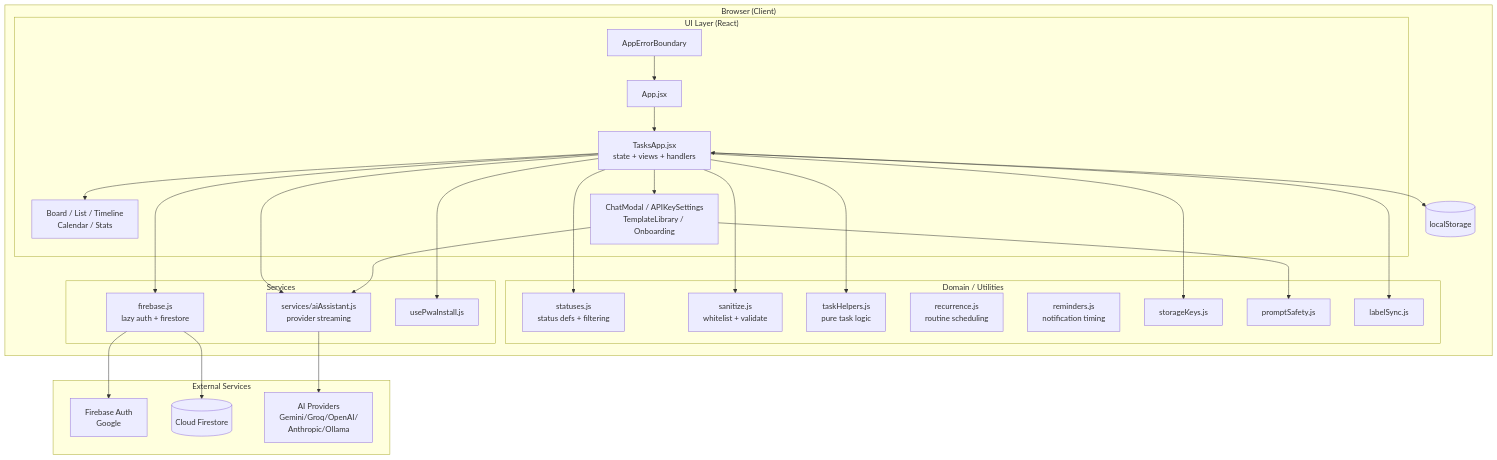
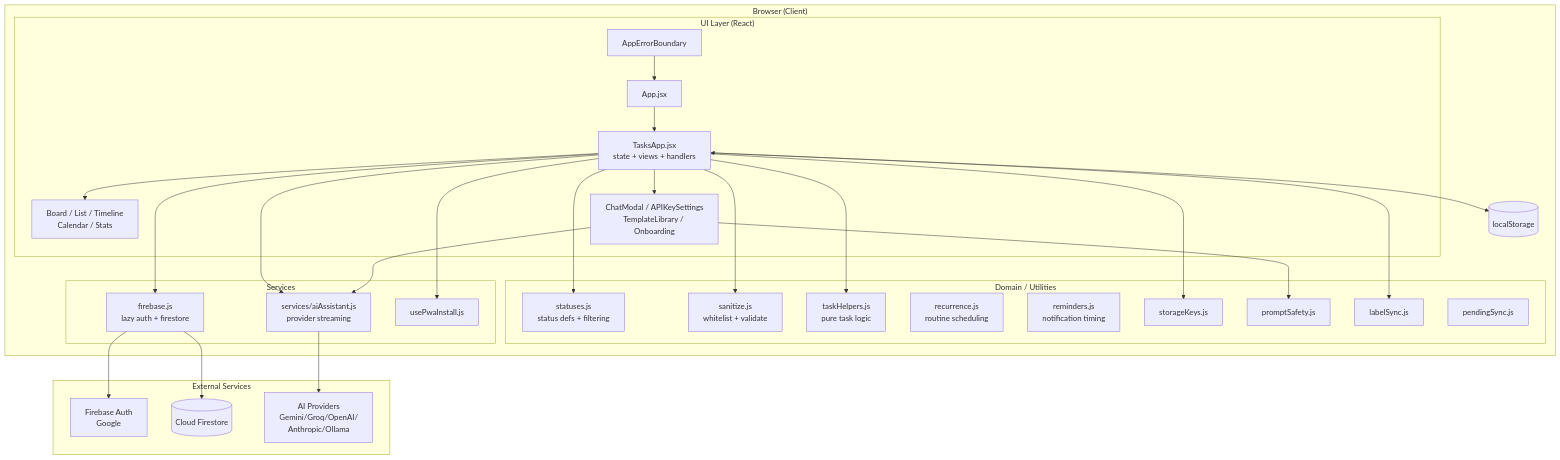
One commit to joka-7/KanDOne changed the first of 6 diagrams in docs/HLD.md. Above: the diagram before and after it, drawn with Mermaid. The commit also changed other lines of this file and 15 other files, not shown here.

````diff
--- a/docs/HLD.md
+++ b/docs/HLD.md
@@ -124,53 +124,54 @@
 ```mermaid
 graph TD
     subgraph Browser["Browser (Client)"]
         subgraph UI["UI Layer (React)"]
             EB[AppErrorBoundary]
             APP[App.jsx]
             TA[TasksApp.jsx<br/>state + views + handlers]
             VIEWS[Board / List / Timeline<br/>Calendar / Stats]
             MODALS[ChatModal / APIKeySettings<br/>TemplateLibrary / Onboarding]
         end
         subgraph LOGIC["Domain / Utilities"]
             ST[statuses.js<br/>status defs + filtering]
             SAN[sanitize.js<br/>whitelist + validate]
             TH[taskHelpers.js<br/>pure task logic]
             REC[recurrence.js<br/>routine scheduling]
             REM[reminders.js<br/>notification timing]
             SK[storageKeys.js]
             PS[promptSafety.js]
             LSNC[labelSync.js]
+            PSNC[pendingSync.js]
         end
         subgraph SVC["Services"]
             AI[services/aiAssistant.js<br/>provider streaming]
             FB[firebase.js<br/>lazy auth + firestore]
             PWA[usePwaInstall.js]
         end
         LS[(localStorage)]
     end
 
     subgraph Cloud["External Services"]
         FAUTH[Firebase Auth<br/>Google]
         FS[(Cloud Firestore)]
         LLM[AI Providers<br/>Gemini/Groq/OpenAI/<br/>Anthropic/Ollama]
     end
 
     EB --> APP
     APP --> TA
     TA --> VIEWS
     TA --> MODALS
     TA --> ST
     TA --> SAN
     TA --> TH
     TA --> SK
     TA --> LSNC
     TA --> AI
     TA --> FB
     TA --> PWA
     TA <--> LS
     MODALS --> AI
     MODALS --> PS
     AI --> LLM
     FB --> FAUTH
     FB --> FS
 ```
````
